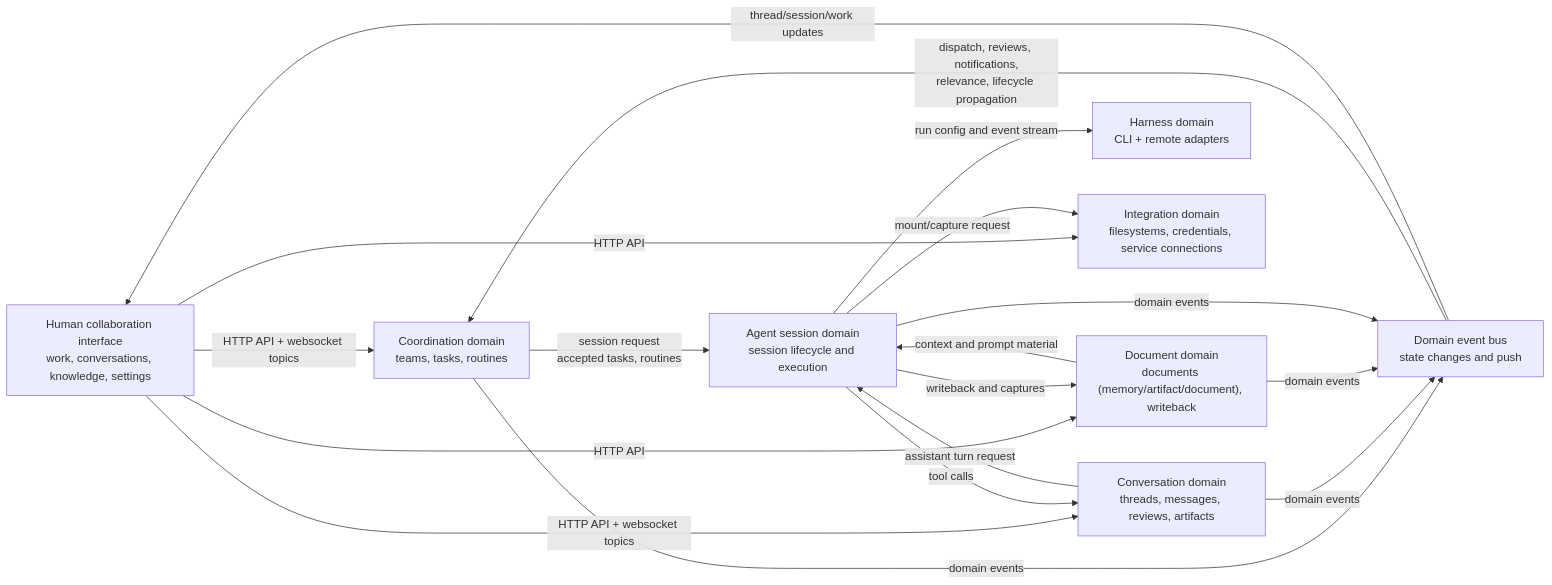
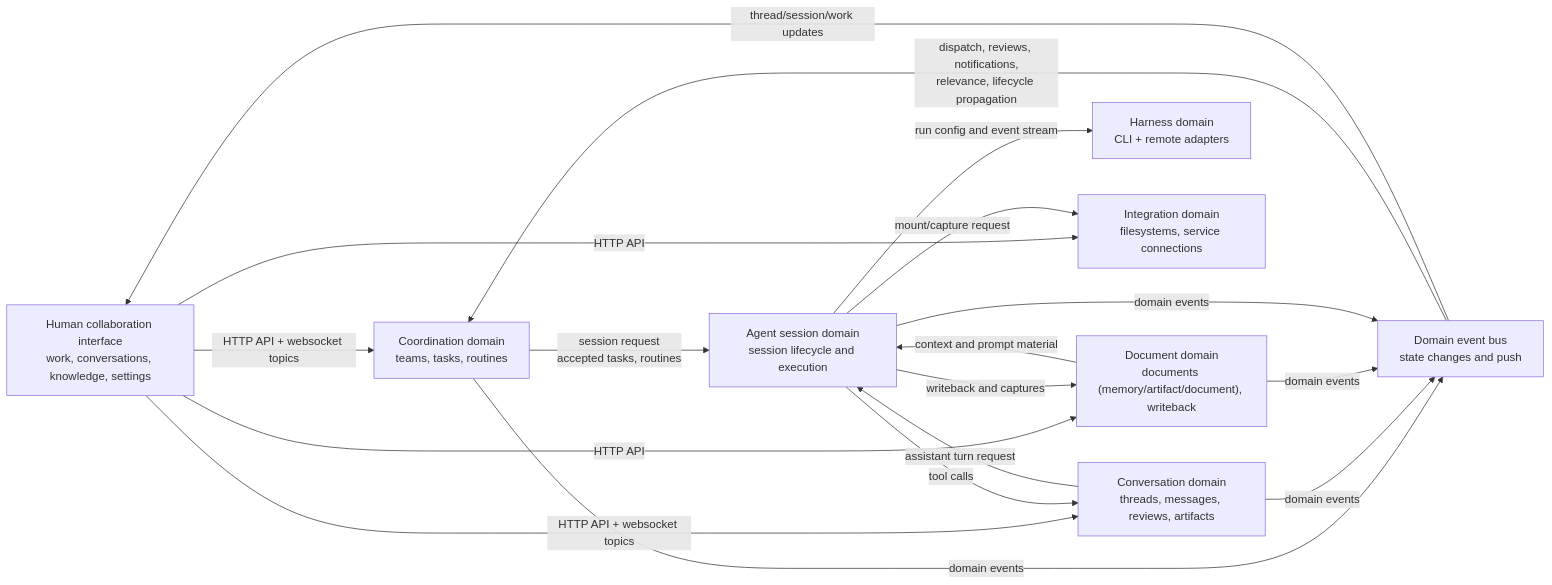
One commit to idle-builders/hyperidle changed the first of 12 diagrams in docs/architecture/as-implemented-domain-architecture.md. Above: the diagram before and after it, drawn with Mermaid. The commit also changed other lines of this file and 191 other files, not shown here.

````diff
--- a/docs/architecture/as-implemented-domain-architecture.md
+++ b/docs/architecture/as-implemented-domain-architecture.md
@@ -7,31 +7,31 @@
 ```mermaid
 flowchart LR
   Interface["Human collaboration interface\nwork, conversations, knowledge, settings"]
   Coordination["Coordination domain\nteams, tasks, routines"]
   Conversation["Conversation domain\nthreads, messages, reviews, artifacts"]
   Knowledge["Document domain\ndocuments (memory/artifact/document), writeback"]
   Session["Agent session domain\nsession lifecycle and execution"]
   Harness["Harness domain\nCLI + remote adapters"]
-  Integration["Integration domain\nfilesystems, credentials, service connections"]
+  Integration["Integration domain\nfilesystems, service connections"]
   Eventing["Domain event bus\nstate changes and push"]
 
   Interface -- "HTTP API + websocket topics" --> Coordination
   Interface -- "HTTP API + websocket topics" --> Conversation
   Interface -- "HTTP API" --> Knowledge
   Interface -- "HTTP API" --> Integration
 
   Coordination -- "session request\naccepted tasks, routines" --> Session
   Conversation -- "assistant turn request" --> Session
   Knowledge -- "context and prompt material" --> Session
   Session -- "run config and event stream" --> Harness
   Session -- "tool calls" --> Conversation
   Session -- "writeback and captures" --> Knowledge
   Session -- "mount/capture request" --> Integration
 
   Coordination -- "domain events" --> Eventing
   Conversation -- "domain events" --> Eventing
   Knowledge -- "domain events" --> Eventing
   Session -- "domain events" --> Eventing
   Eventing -- "dispatch, reviews, notifications,\nrelevance, lifecycle propagation" --> Coordination
   Eventing -- "thread/session/work updates" --> Interface
 ```
````
